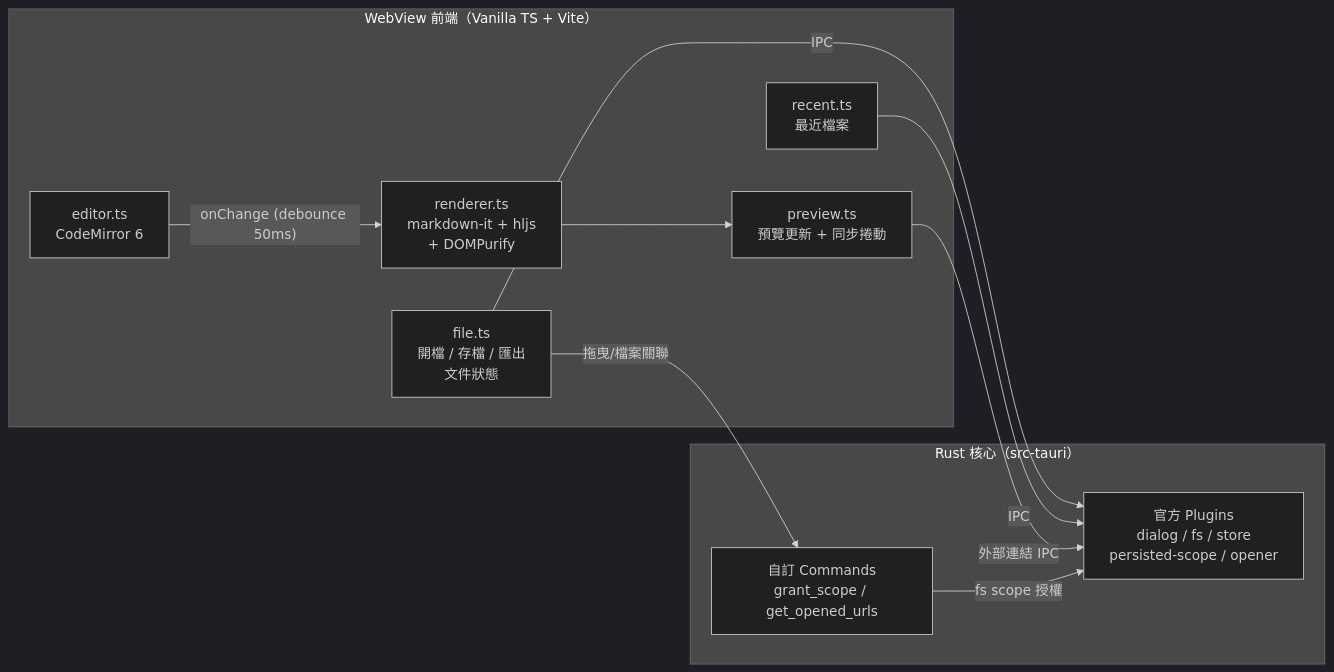
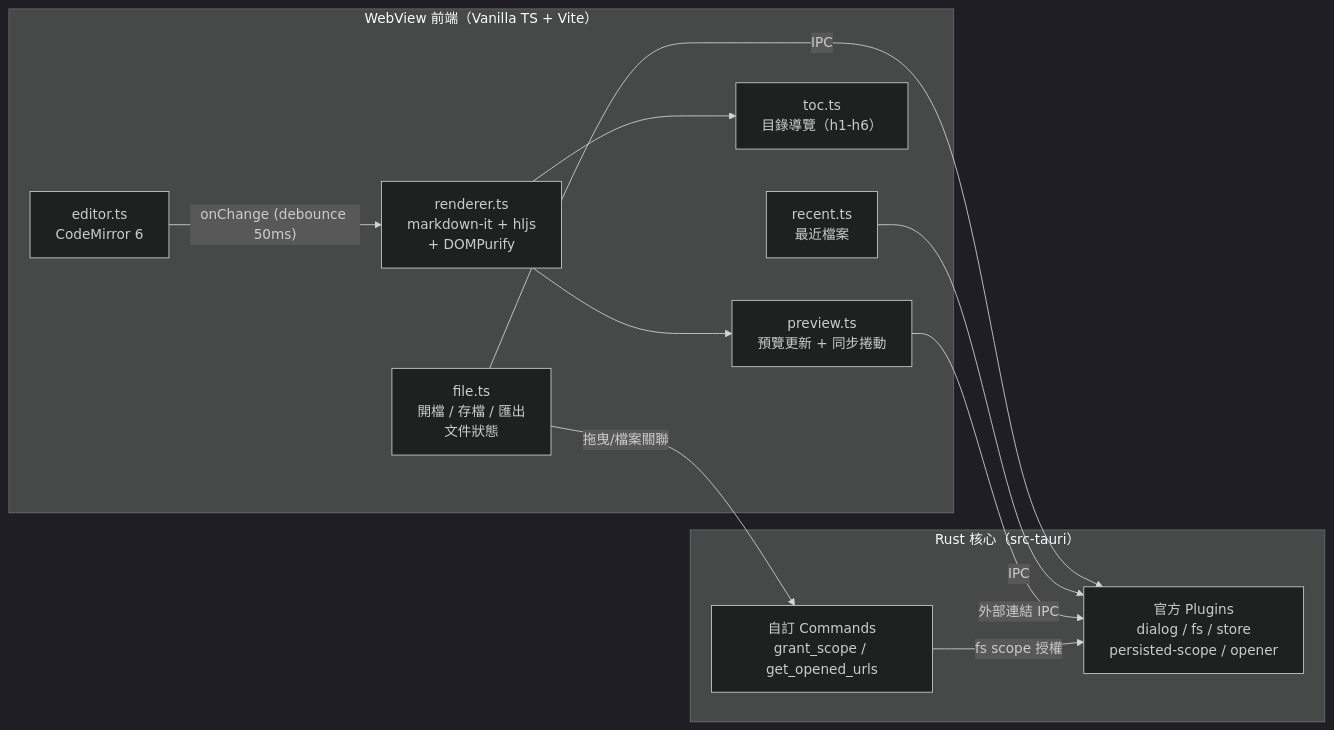
The diagram in README.md (tznthou/plume), drawn with Mermaid (dark theme) before and after one commit. The commit also changed other lines of this file and 5 other files, not shown here.

````diff
--- a/README.md
+++ b/README.md
@@ -33,21 +35,23 @@
 ```mermaid
 flowchart LR
     subgraph Frontend["WebView 前端（Vanilla TS + Vite）"]
         Editor["editor.ts<br/>CodeMirror 6"]
         Renderer["renderer.ts<br/>markdown-it + hljs<br/>+ DOMPurify"]
         Preview["preview.ts<br/>預覽更新 + 同步捲動"]
+        TOC["toc.ts<br/>目錄導覽（h1-h6）"]
         File["file.ts<br/>開檔 / 存檔 / 匯出<br/>文件狀態"]
         Recent["recent.ts<br/>最近檔案"]
     end
     subgraph Rust["Rust 核心（src-tauri）"]
         Plugins["官方 Plugins<br/>dialog / fs / store<br/>persisted-scope / opener"]
         Commands["自訂 Commands<br/>grant_scope / get_opened_urls"]
     end
     Editor -- "onChange (debounce 50ms)" --> Renderer
     Renderer --> Preview
+    Renderer --> TOC
     File -- IPC --> Plugins
     Recent -- IPC --> Plugins
     Preview -- "外部連結 IPC" --> Plugins
     File -- "拖曳/檔案關聯" --> Commands
     Commands -- "fs scope 授權" --> Plugins
 ```
````
